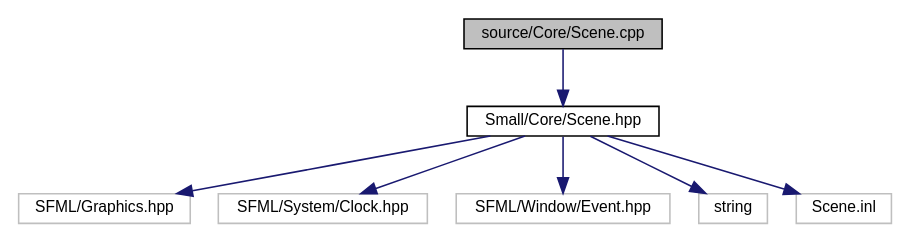
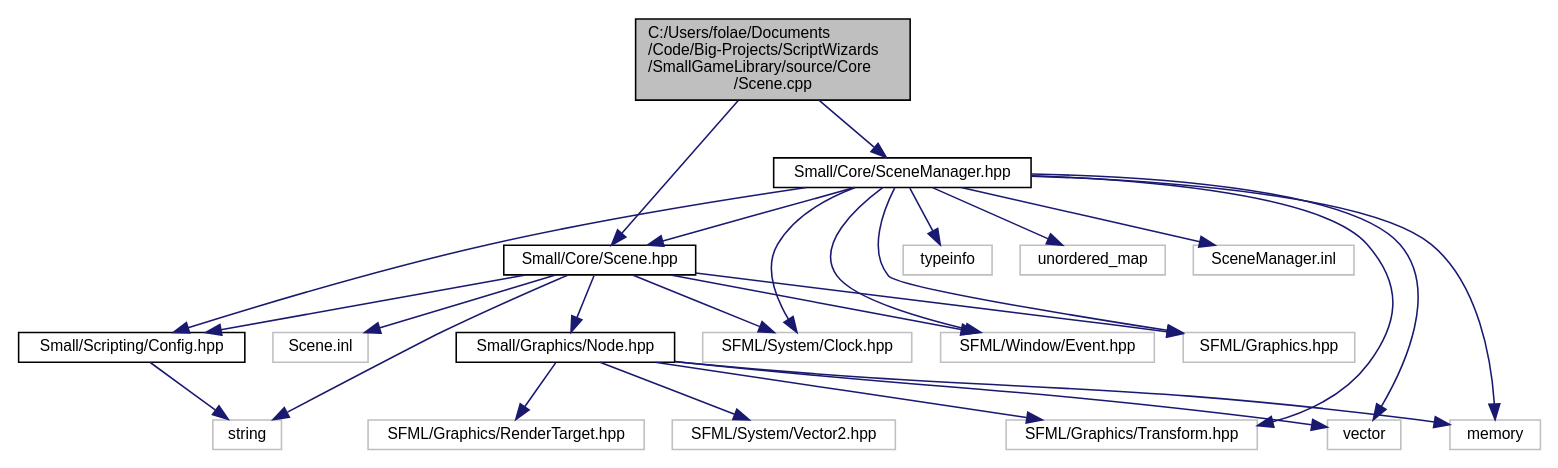
Before and after one commit to ScriptWizards/documentation: the diagram in df/dd6/Scene_8cpp__incl.dot, drawn with Graphviz. The commit also changed 576 other files, not shown here.

```diff
--- a/df/dd6/Scene_8cpp__incl.dot
+++ b/df/dd6/Scene_8cpp__incl.dot
@@ -1,19 +1,51 @@
-digraph "source/Core/Scene.cpp"
+digraph "C:/Users/folae/Documents/Code/Big-Projects/ScriptWizards/SmallGameLibrary/source/Core/Scene.cpp"
 {
  // INTERACTIVE_SVG=YES
+ // LATEX_PDF_SIZE
   edge [fontname="Helvetica",fontsize="10",labelfontname="Helvetica",labelfontsize="10"];
   node [fontname="Helvetica",fontsize="10",shape=record];
-  Node1 [label="source/Core/Scene.cpp",height=0.2,width=0.4,color="black", fillcolor="grey75", style="filled", fontcolor="black"];
+  Node1 [label="C:/Users/folae/Documents\l/Code/Big-Projects/ScriptWizards\l/SmallGameLibrary/source/Core\l/Scene.cpp",height=0.2,width=0.4,color="black", fillcolor="grey75", style="filled", fontcolor="black",tooltip=" "];
   Node1 -> Node2 [color="midnightblue",fontsize="10",style="solid",fontname="Helvetica"];
-  Node2 [label="Small/Core/Scene.hpp",height=0.2,width=0.4,color="black", fillcolor="white", style="filled",URL="$db/de8/Scene_8hpp.html",tooltip="The base scene class and the scene states are defined here. "];
+  Node2 [label="Small/Core/Scene.hpp",height=0.2,width=0.4,color="black", fillcolor="white", style="filled",URL="$db/de8/Scene_8hpp.html",tooltip="The base scene class and the scene states are defined here."];
   Node2 -> Node3 [color="midnightblue",fontsize="10",style="solid",fontname="Helvetica"];
-  Node3 [label="SFML/Graphics.hpp",height=0.2,width=0.4,color="grey75", fillcolor="white", style="filled"];
+  Node3 [label="SFML/Graphics.hpp",height=0.2,width=0.4,color="grey75", fillcolor="white", style="filled",tooltip=" "];
   Node2 -> Node4 [color="midnightblue",fontsize="10",style="solid",fontname="Helvetica"];
-  Node4 [label="SFML/System/Clock.hpp",height=0.2,width=0.4,color="grey75", fillcolor="white", style="filled"];
+  Node4 [label="SFML/System/Clock.hpp",height=0.2,width=0.4,color="grey75", fillcolor="white", style="filled",tooltip=" "];
   Node2 -> Node5 [color="midnightblue",fontsize="10",style="solid",fontname="Helvetica"];
-  Node5 [label="SFML/Window/Event.hpp",height=0.2,width=0.4,color="grey75", fillcolor="white", style="filled"];
+  Node5 [label="SFML/Window/Event.hpp",height=0.2,width=0.4,color="grey75", fillcolor="white", style="filled",tooltip=" "];
   Node2 -> Node6 [color="midnightblue",fontsize="10",style="solid",fontname="Helvetica"];
-  Node6 [label="string",height=0.2,width=0.4,color="grey75", fillcolor="white", style="filled"];
+  Node6 [label="string",height=0.2,width=0.4,color="grey75", fillcolor="white", style="filled",tooltip=" "];
   Node2 -> Node7 [color="midnightblue",fontsize="10",style="solid",fontname="Helvetica"];
-  Node7 [label="Scene.inl",height=0.2,width=0.4,color="grey75", fillcolor="white", style="filled"];
+  Node7 [label="Small/Scripting/Config.hpp",height=0.2,width=0.4,color="black", fillcolor="white", style="filled",URL="$df/db4/Config_8hpp.html",tooltip=" "];
+  Node7 -> Node6 [color="midnightblue",fontsize="10",style="solid",fontname="Helvetica"];
+  Node2 -> Node8 [color="midnightblue",fontsize="10",style="solid",fontname="Helvetica"];
+  Node8 [label="Small/Graphics/Node.hpp",height=0.2,width=0.4,color="black", fillcolor="white", style="filled",URL="$d7/dc6/Node_8hpp.html",tooltip="A scene graph node."];
+  Node8 -> Node9 [color="midnightblue",fontsize="10",style="solid",fontname="Helvetica"];
+  Node9 [label="SFML/Graphics/RenderTarget.hpp",height=0.2,width=0.4,color="grey75", fillcolor="white", style="filled",tooltip=" "];
+  Node8 -> Node10 [color="midnightblue",fontsize="10",style="solid",fontname="Helvetica"];
+  Node10 [label="SFML/Graphics/Transform.hpp",height=0.2,width=0.4,color="grey75", fillcolor="white", style="filled",tooltip=" "];
+  Node8 -> Node11 [color="midnightblue",fontsize="10",style="solid",fontname="Helvetica"];
+  Node11 [label="SFML/System/Vector2.hpp",height=0.2,width=0.4,color="grey75", fillcolor="white", style="filled",tooltip=" "];
+  Node8 -> Node12 [color="midnightblue",fontsize="10",style="solid",fontname="Helvetica"];
+  Node12 [label="vector",height=0.2,width=0.4,color="grey75", fillcolor="white", style="filled",tooltip=" "];
+  Node8 -> Node13 [color="midnightblue",fontsize="10",style="solid",fontname="Helvetica"];
+  Node13 [label="memory",height=0.2,width=0.4,color="grey75", fillcolor="white", style="filled",tooltip=" "];
+  Node2 -> Node14 [color="midnightblue",fontsize="10",style="solid",fontname="Helvetica"];
+  Node14 [label="Scene.inl",height=0.2,width=0.4,color="grey75", fillcolor="white", style="filled",tooltip=" "];
+  Node1 -> Node15 [color="midnightblue",fontsize="10",style="solid",fontname="Helvetica"];
+  Node15 [label="Small/Core/SceneManager.hpp",height=0.2,width=0.4,color="black", fillcolor="white", style="filled",URL="$df/d74/SceneManager_8hpp.html",tooltip="Define the scene manager (creating, handling and destroying them)"];
+  Node15 -> Node12 [color="midnightblue",fontsize="10",style="solid",fontname="Helvetica"];
+  Node15 -> Node13 [color="midnightblue",fontsize="10",style="solid",fontname="Helvetica"];
+  Node15 -> Node3 [color="midnightblue",fontsize="10",style="solid",fontname="Helvetica"];
+  Node15 -> Node4 [color="midnightblue",fontsize="10",style="solid",fontname="Helvetica"];
+  Node15 -> Node5 [color="midnightblue",fontsize="10",style="solid",fontname="Helvetica"];
+  Node15 -> Node2 [color="midnightblue",fontsize="10",style="solid",fontname="Helvetica"];
+  Node15 -> Node7 [color="midnightblue",fontsize="10",style="solid",fontname="Helvetica"];
+  Node15 -> Node10 [color="midnightblue",fontsize="10",style="solid",fontname="Helvetica"];
+  Node15 -> Node16 [color="midnightblue",fontsize="10",style="solid",fontname="Helvetica"];
+  Node16 [label="typeinfo",height=0.2,width=0.4,color="grey75", fillcolor="white", style="filled",tooltip=" "];
+  Node15 -> Node17 [color="midnightblue",fontsize="10",style="solid",fontname="Helvetica"];
+  Node17 [label="unordered_map",height=0.2,width=0.4,color="grey75", fillcolor="white", style="filled",tooltip=" "];
+  Node15 -> Node18 [color="midnightblue",fontsize="10",style="solid",fontname="Helvetica"];
+  Node18 [label="SceneManager.inl",height=0.2,width=0.4,color="grey75", fillcolor="white", style="filled",tooltip=" "];
 }
```
